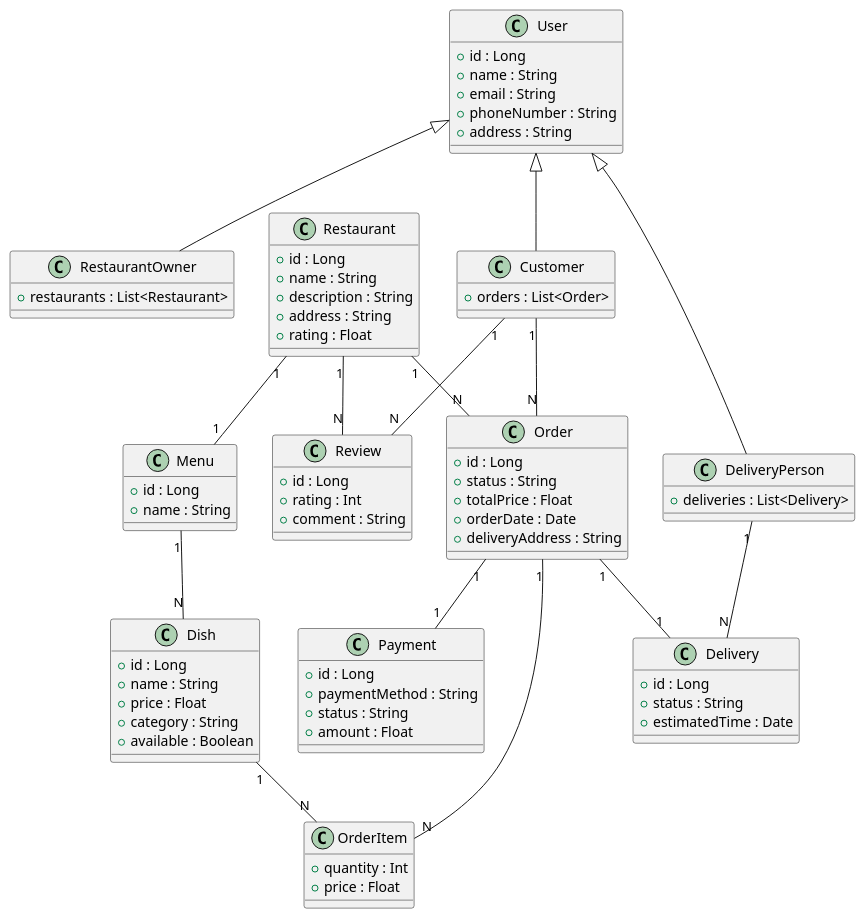
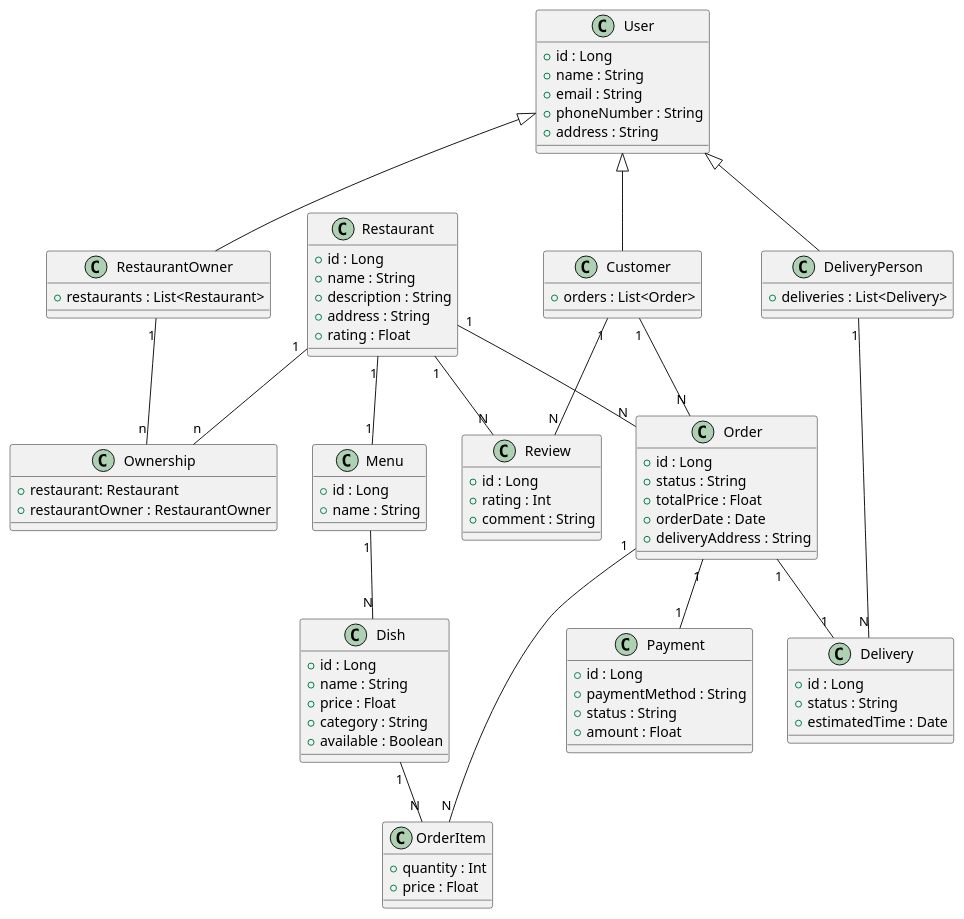
Before and after one commit to 2425-4bhitm-insy/jpa-project-v2-foodordering: the diagram in class-diagram.puml, drawn with PlantUML. The commit also changed 4 other files, not shown here.

```diff
--- a/class-diagram.puml
+++ b/class-diagram.puml
@@ -1,87 +1,94 @@
 @startuml
 class User {
   + id : Long
   + name : String
   + email : String
   + phoneNumber : String
   + address : String
 }
 
 class Customer {
   + orders : List<Order>
 }
 class RestaurantOwner {
   + restaurants : List<Restaurant>
 }
 class DeliveryPerson {
   + deliveries : List<Delivery>
 }
 
 User <|-- Customer
 User <|-- RestaurantOwner
 User <|-- DeliveryPerson
 
 class Restaurant {
   + id : Long
   + name : String
   + description : String
   + address : String
   + rating : Float
 }
 
 class Menu {
   + id : Long
   + name : String
 }
 Restaurant "1" -- "1" Menu
 
 class Dish {
   + id : Long
   + name : String
   + price : Float
   + category : String
   + available : Boolean
 }
 Menu "1" -- "N" Dish
 
 class Order {
   + id : Long
   + status : String
   + totalPrice : Float
   + orderDate : Date
   + deliveryAddress : String
 }
 Customer "1" -- "N" Order
 Restaurant "1" -- "N" Order
 
 class OrderItem {
   + quantity : Int
   + price : Float
 }
 Order "1" -- "N" OrderItem
 Dish "1" -- "N" OrderItem
 
 class Payment {
   + id : Long
   + paymentMethod : String
   + status : String
   + amount : Float
 }
 Order "1" -- "1" Payment
 
 class Review {
   + id : Long
   + rating : Int
   + comment : String
 }
 Customer "1" -- "N" Review
 Restaurant "1" -- "N" Review
 
 class Delivery {
   + id : Long
   + status : String
   + estimatedTime : Date
 }
 Order "1" -- "1" Delivery
 DeliveryPerson "1" -- "N" Delivery
+
+class Ownership {
+    + restaurant: Restaurant
+    + restaurantOwner : RestaurantOwner
+}
+RestaurantOwner "1" -- "n" Ownership
+Restaurant "1" -- "n" Ownership
 @enduml
```
